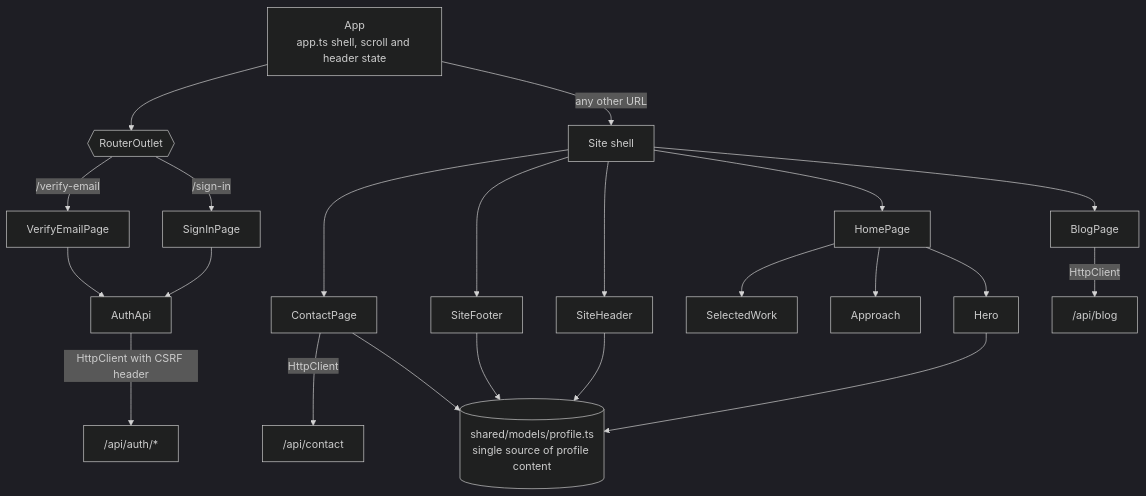
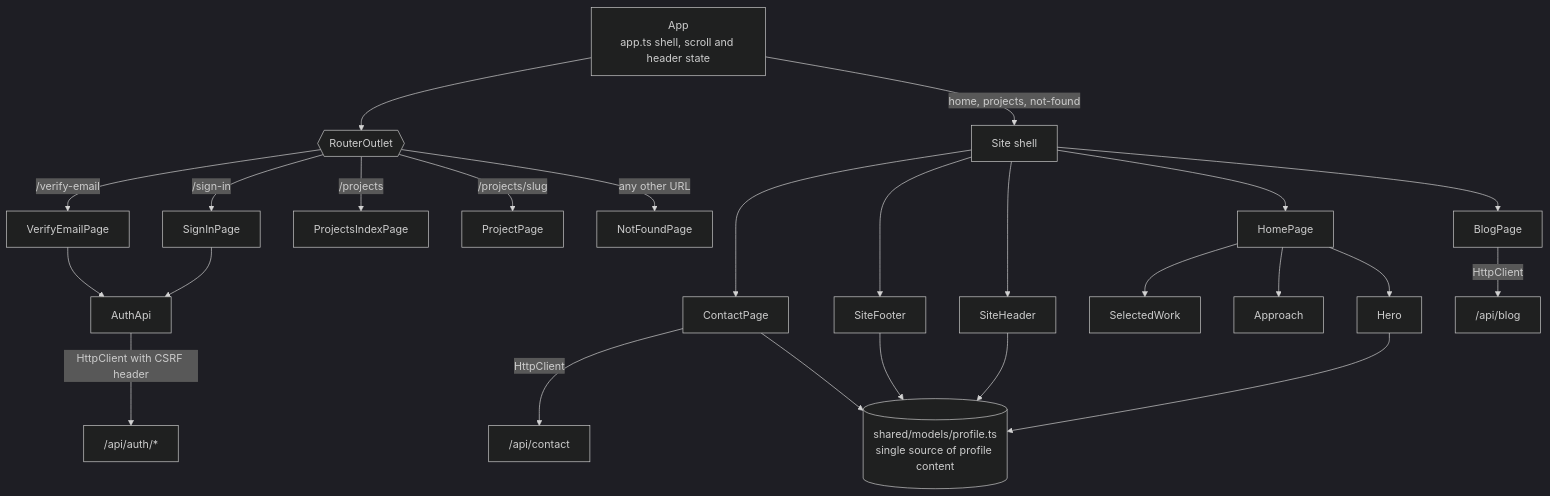
The eighth of 9 diagrams in Docs/architecture.md (GucciVanin/goosevaninWebsite), drawn with Mermaid (dark theme) before and after one commit. The commit also changed other lines of this file and 40 other files, not shown here.

First line of the commit message:
Add public project index and project pages with a not-found page (F5-US1)

````diff
--- a/Docs/architecture.md
+++ b/Docs/architecture.md
@@ -426,31 +426,34 @@
 ```mermaid
 flowchart TD
     root[App<br/>app.ts shell, scroll and header state]
     router{{RouterOutlet}}
     root --> router
     router -->|/sign-in| signin[SignInPage]
     router -->|/verify-email| verify[VerifyEmailPage]
-    root -->|any other URL| shell[Site shell]
+    router -->|/projects| projects[ProjectsIndexPage]
+    router -->|/projects/slug| project[ProjectPage]
+    router -->|any other URL| notfound[NotFoundPage]
+    root -->|home, projects, not-found| shell[Site shell]
 
     shell --> header[SiteHeader]
     shell --> home[HomePage]
     shell --> blog[BlogPage]
     shell --> contact[ContactPage]
     shell --> footer[SiteFooter]
 
     home --> hero[Hero]
     home --> work[SelectedWork]
     home --> approach[Approach]
 
     signin --> authapi[AuthApi]
     verify --> authapi
     contact -->|HttpClient| apic["/api/contact"]
     blog -->|HttpClient| apib["/api/blog"]
     authapi -->|HttpClient with CSRF header| apia["/api/auth/*"]
 
     profile[(shared/models/profile.ts<br/>single source of profile content)]
     hero --> profile
     header --> profile
     footer --> profile
     contact --> profile
 ```
````
